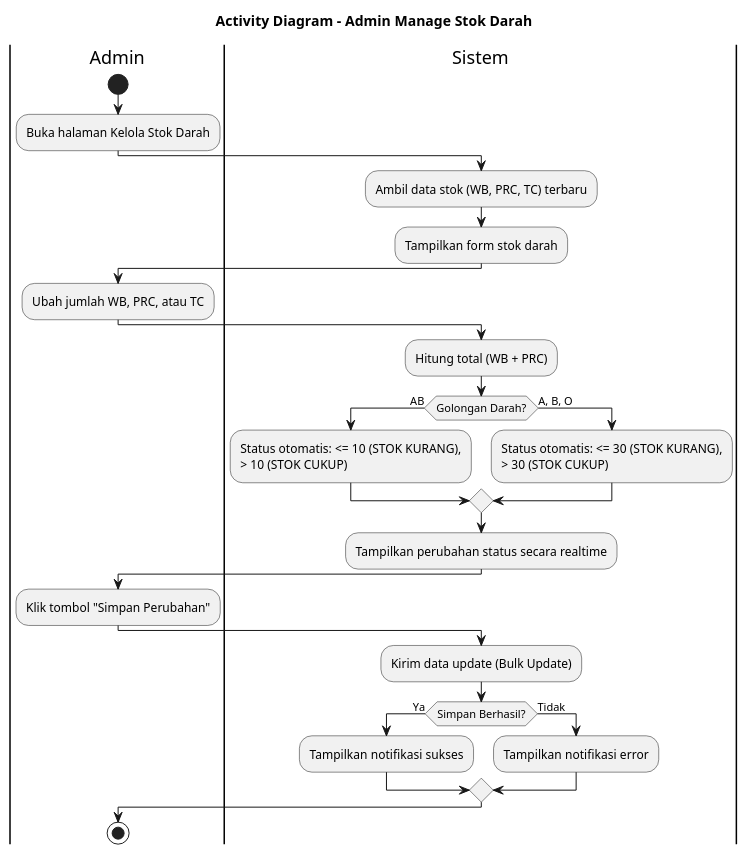
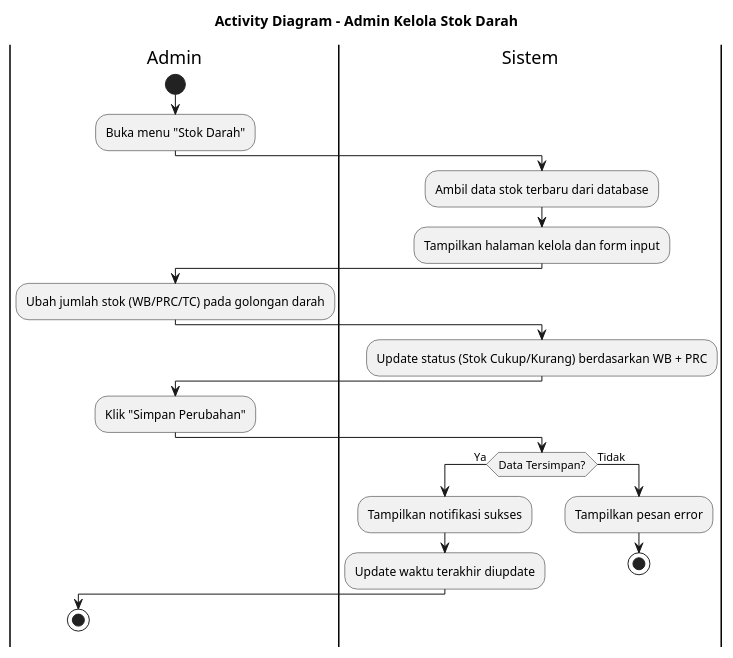
Before and after one commit to jaddu17/capstonepmikp: the diagram in diagram/activitydiagram_admin_manage_stok.puml, drawn with PlantUML. The commit also changed 11 other files, not shown here.

```diff
--- a/diagram/activitydiagram_admin_manage_stok.puml
+++ b/diagram/activitydiagram_admin_manage_stok.puml
@@ -1,38 +1,33 @@
 @startuml ACTIVITY_DIAGRAM_ADMIN_MANAGE_STOK
-title Activity Diagram - Admin Manage Stok Darah
+title Activity Diagram - Admin Kelola Stok Darah
 
 |Admin|
 start
-:Buka halaman Kelola Stok Darah;
+:Buka menu "Stok Darah";
 
 |Sistem|
-:Ambil data stok (WB, PRC, TC) terbaru;
-:Tampilkan form stok darah;
+:Ambil data stok terbaru dari database;
+:Tampilkan halaman kelola dan form input;
 
 |Admin|
-:Ubah jumlah WB, PRC, atau TC;
+:Ubah jumlah stok (WB/PRC/TC) pada golongan darah;
 
 |Sistem|
-:Hitung total (WB + PRC);
-if (Golongan Darah?) then (AB)
-  :Status otomatis: <= 10 (STOK KURANG),\n> 10 (STOK CUKUP);
-else (A, B, O)
-  :Status otomatis: <= 30 (STOK KURANG),\n> 30 (STOK CUKUP);
-endif
-:Tampilkan perubahan status secara realtime;
+:Update status (Stok Cukup/Kurang) berdasarkan WB + PRC;
 
 |Admin|
-:Klik tombol "Simpan Perubahan";
+:Klik "Simpan Perubahan";
 
 |Sistem|
-:Kirim data update (Bulk Update);
-if (Simpan Berhasil?) then (Ya)
+if (Data Tersimpan?) then (Ya)
   :Tampilkan notifikasi sukses;
+  :Update waktu terakhir diupdate;
+  |Admin|
+  stop
 else (Tidak)
-  :Tampilkan notifikasi error;
+  |Sistem|
+  :Tampilkan pesan error;
+  stop
 endif
 
-|Admin|
-stop
-
 @enduml
```
